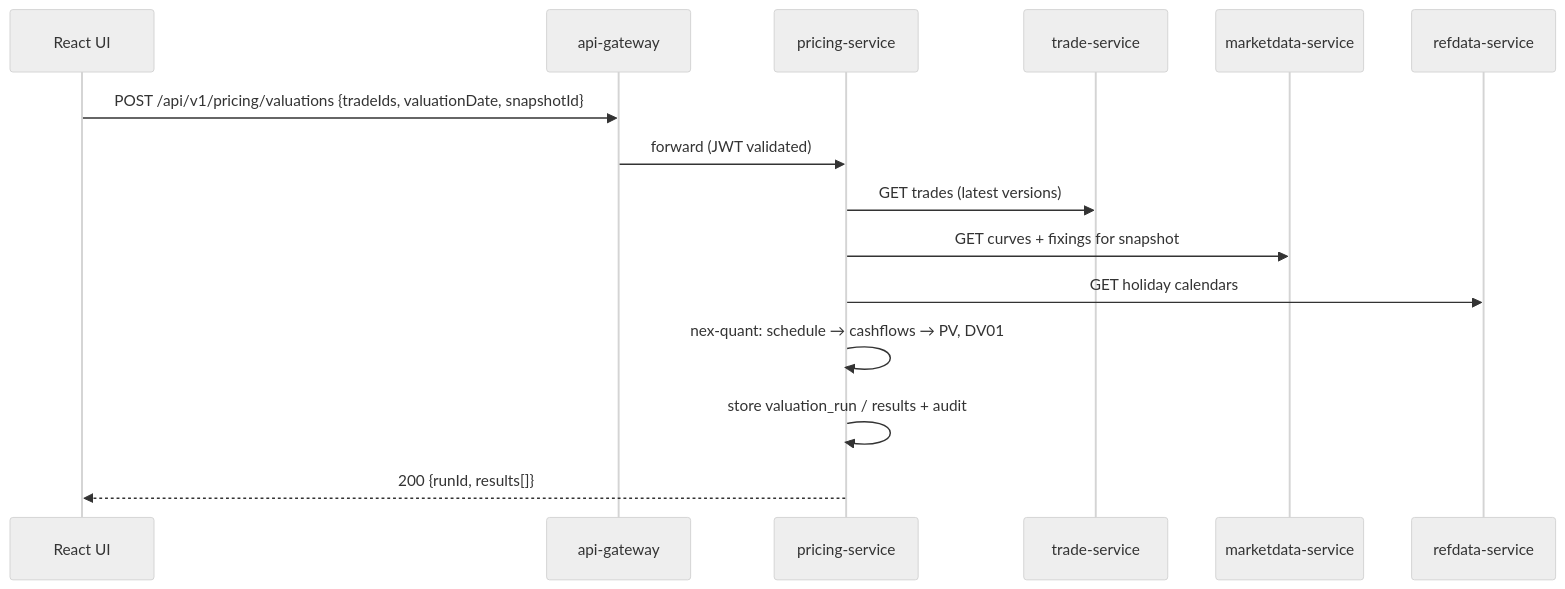
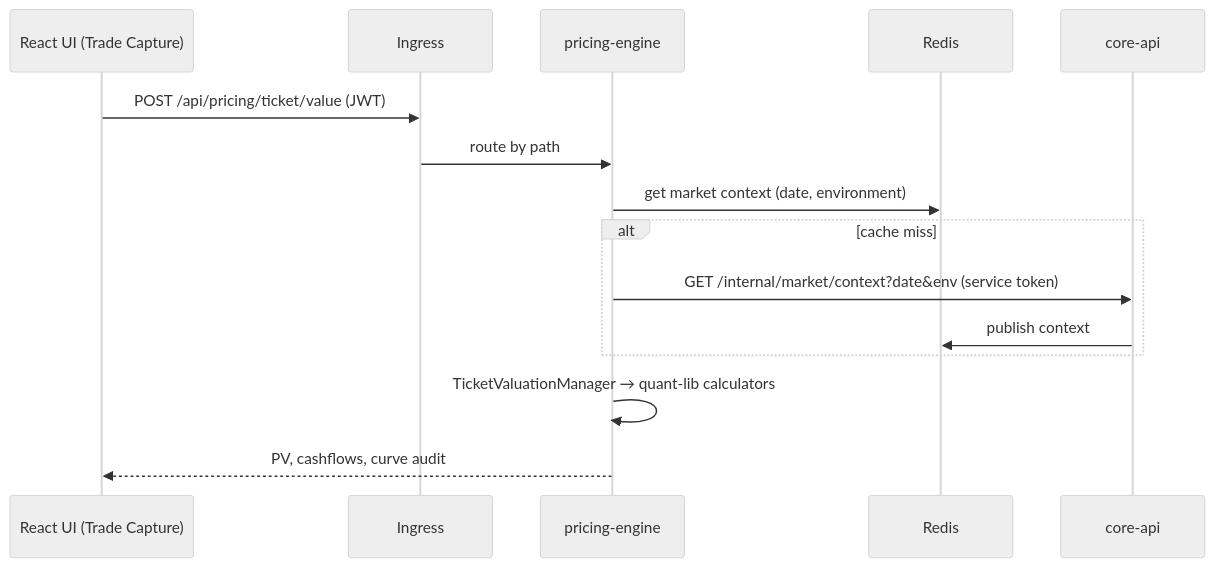
Before and after one commit to Mutwila-Alinta/ATS: the second of 5 diagrams in docs/NEX_ARCHITECTURE_AND_ROADMAP.md, drawn with Mermaid (neutral theme). The commit also changed other lines of this file and 1 other file, not shown here.

First line of the commit message:
Rebase Nex plan (v0.3) on the ats-capital-markets-app codebase

````diff
--- a/docs/NEX_ARCHITECTURE_AND_ROADMAP.md
+++ b/docs/NEX_ARCHITECTURE_AND_ROADMAP.md
@@ -361,17 +191,17 @@
 ```mermaid
 sequenceDiagram
-  participant UI as React UI
-  participant GW as api-gateway
-  participant PR as pricing-service
-  participant TR as trade-service
-  participant MD as marketdata-service
-  participant RD as refdata-service
-  UI->>GW: POST /api/v1/pricing/valuations {tradeIds, valuationDate, snapshotId}
-  GW->>PR: forward (JWT validated)
-  PR->>TR: GET trades (latest versions)
-  PR->>MD: GET curves + fixings for snapshot
-  PR->>RD: GET holiday calendars
-  PR->>PR: nex-quant: schedule → cashflows → PV, DV01
-  PR->>PR: store valuation_run / results + audit
-  PR-->>UI: 200 {runId, results[]}
+  participant UI as React UI (Trade Capture)
+  participant IN as Ingress
+  participant PE as pricing-engine
+  participant R as Redis
+  participant CA as core-api
+  UI->>IN: POST /api/pricing/ticket/value (JWT)
+  IN->>PE: route by path
+  PE->>R: get market context (date, environment)
+  alt cache miss
+    PE->>CA: GET /internal/market/context?date&env (service token)
+    CA->>R: publish context
+  end
+  PE->>PE: TicketValuationManager → quant-lib calculators
+  PE-->>UI: PV, cashflows, curve audit
 ```
````
